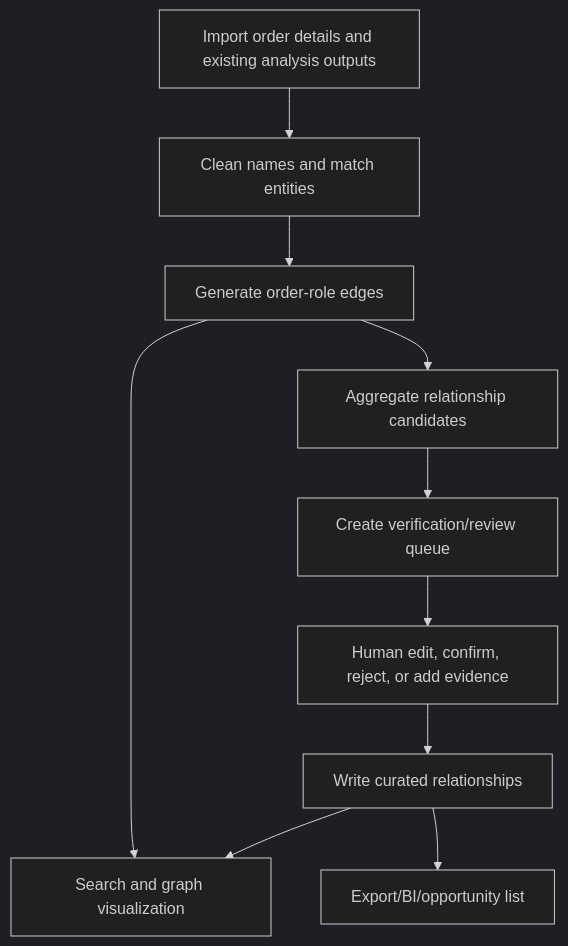
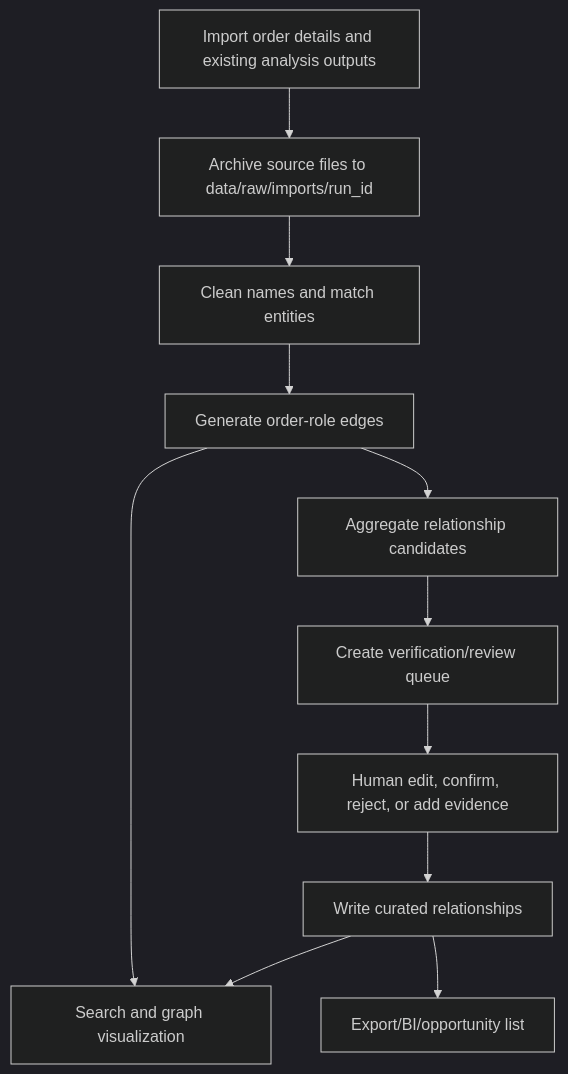
Before and after one commit to Fonna/trade-entity-graph: the diagram in README.en.md, drawn with Mermaid (dark theme). The commit also changed other lines of this file and 7 other files, not shown here.

````diff
--- a/README.en.md
+++ b/README.en.md
@@ -96,22 +98,24 @@
 ```mermaid
 flowchart TD
   A[Import order details and existing analysis outputs]
+  A0[Archive source files to data/raw/imports/run_id]
   B[Clean names and match entities]
   C[Generate order-role edges]
   D[Aggregate relationship candidates]
   E[Create verification/review queue]
   F[Human edit, confirm, reject, or add evidence]
   G[Write curated relationships]
   H[Search and graph visualization]
   I[Export/BI/opportunity list]
 
-  A --> B
+  A --> A0
+  A0 --> B
   B --> C
   C --> D
   D --> E
   E --> F
   F --> G
   G --> H
   G --> I
   C --> H
 ```
````
